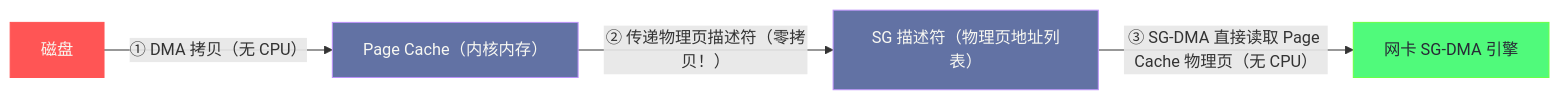
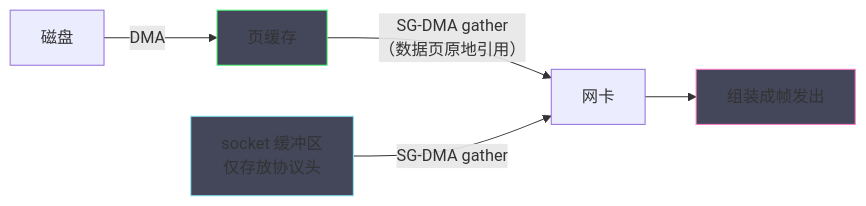
Before and after one commit to hpliStartAgain/my-brain: the fourth of 6 diagrams in content/Linux/网络协议栈与IO/05 零拷贝技术全景——sendfile、splice 与 DMA gather.md, drawn with Mermaid. The commit also changed other lines of this file and 47 other files, not shown here.

````diff
--- a/content/Linux/网络协议栈与IO/05 零拷贝技术全景——sendfile、splice 与 DMA gather.md
+++ b/content/Linux/网络协议栈与IO/05 零拷贝技术全景——sendfile、splice 与 DMA gather.md
@@ -165,16 +197,11 @@
 ```mermaid
 %%{init: {'theme': 'dracula'}}%%
-graph LR
-    classDef disk fill:#ff5555,stroke:#ff5555,color:#f8f8f2
-    classDef kernel fill:#6272a4,stroke:#bd93f9,color:#f8f8f2
-    classDef nic fill:#50fa7b,stroke:#69ff47,color:#282a36
-
-    DISK["磁盘"]:::disk
-    PC["Page Cache（内核内存）"]:::kernel
-    DESC["SG 描述符（物理页地址列表）"]:::kernel
-    NIC["网卡 SG-DMA 引擎"]:::nic
-
-    DISK -->|"① DMA 拷贝（无 CPU）"| PC
-    PC -->|"② 传递物理页描述符（零拷贝！）"| DESC
-    DESC -->|"③ SG-DMA 直接读取 Page Cache 物理页（无 CPU）"| NIC
+flowchart LR
+    DISK["磁盘"] -->|DMA| PC["页缓存"]
+    PC -->|"SG-DMA gather<br/>（数据页原地引用）"| NIC["网卡"]
+    HDR["socket 缓冲区<br/>仅存放协议头"] -->|"SG-DMA gather"| NIC
+    NIC --> ETH["组装成帧发出"]
+    style PC fill:#44475a,stroke:#50fa7b
+    style HDR fill:#44475a,stroke:#8be9fd
+    style ETH fill:#44475a,stroke:#ff79c6
 ```
````
